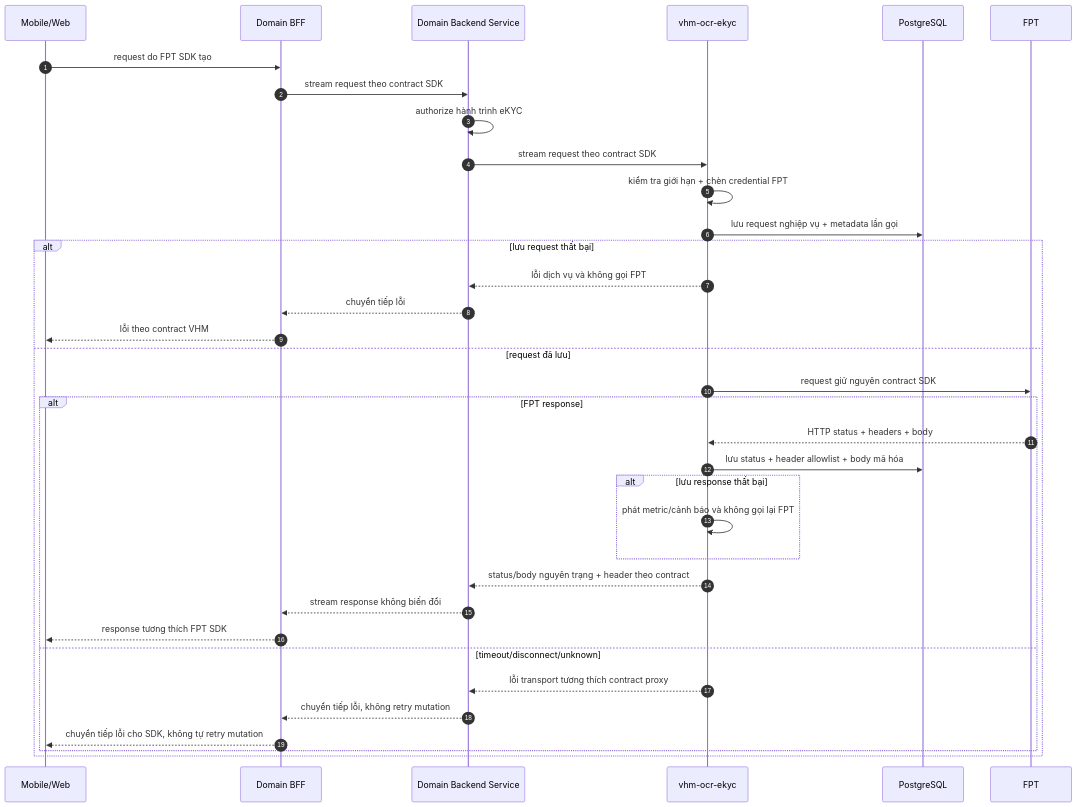
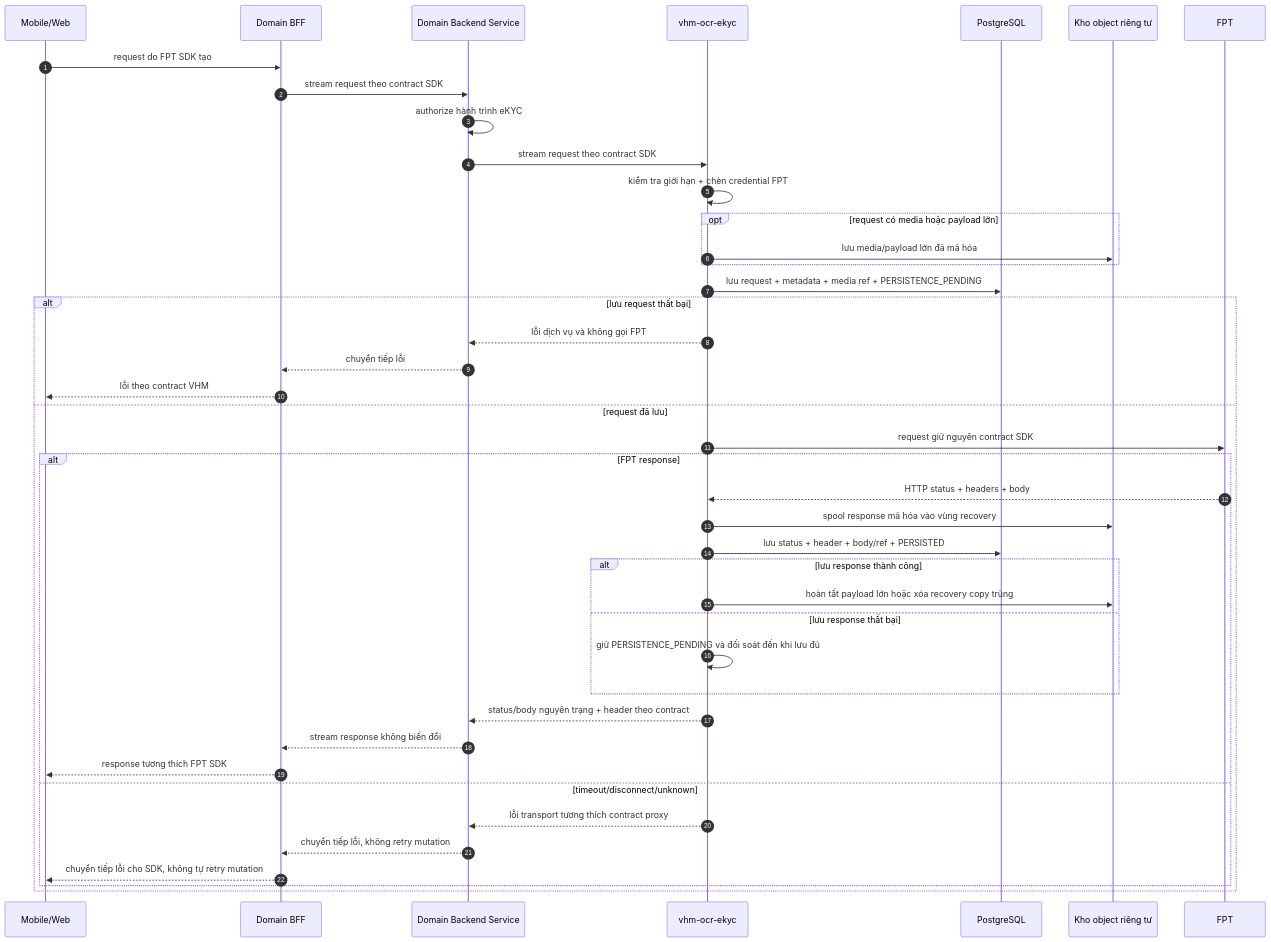
One commit to huynv-xyz/vhm changed diagram 11 of 12 in tdd-ocr-ekyc.md. Above: the diagram before and after it, drawn with Mermaid. The commit also changed other lines of this file, not shown here.

````diff
--- a/tdd-ocr-ekyc.md
+++ b/tdd-ocr-ekyc.md
@@ -1154,38 +1170,45 @@
 ```mermaid
 sequenceDiagram
     autonumber
     participant C as Mobile/Web
     participant B as Domain BFF
     participant N as Domain Backend Service
     participant E as vhm-ocr-ekyc
     participant D as PostgreSQL
+    participant S as Kho object riêng tư
     participant F as FPT
 
     C->>B: request do FPT SDK tạo
     B->>N: stream request theo contract SDK
     N->>N: authorize hành trình eKYC
     N->>E: stream request theo contract SDK
     E->>E: kiểm tra giới hạn + chèn credential FPT
-    E->>D: lưu request nghiệp vụ + metadata lần gọi
+    opt request có media hoặc payload lớn
+        E->>S: lưu media/payload lớn đã mã hóa
+    end
+    E->>D: lưu request + metadata + media ref + PERSISTENCE_PENDING
     alt lưu request thất bại
         E-->>N: lỗi dịch vụ và không gọi FPT
         N-->>B: chuyển tiếp lỗi
         B-->>C: lỗi theo contract VHM
     else request đã lưu
     E->>F: request giữ nguyên contract SDK
       alt FPT response
         F-->>E: HTTP status + headers + body
-        E->>D: lưu status + header allowlist + body mã hóa
-        alt lưu response thất bại
-            E->>E: phát metric/cảnh báo và không gọi lại FPT
+        E->>S: spool response mã hóa vào vùng recovery
+        E->>D: lưu status + header + body/ref + PERSISTED
+        alt lưu response thành công
+            E->>S: hoàn tất payload lớn hoặc xóa recovery copy trùng
+        else lưu response thất bại
+            E->>E: giữ PERSISTENCE_PENDING và đối soát đến khi lưu đủ
         end
         E-->>N: status/body nguyên trạng + header theo contract
         N-->>B: stream response không biến đổi
         B-->>C: response tương thích FPT SDK
       else timeout/disconnect/unknown
         E-->>N: lỗi transport tương thích contract proxy
         N-->>B: chuyển tiếp lỗi, không retry mutation
         B-->>C: chuyển tiếp lỗi cho SDK, không tự retry mutation
       end
     end
 ```
````
